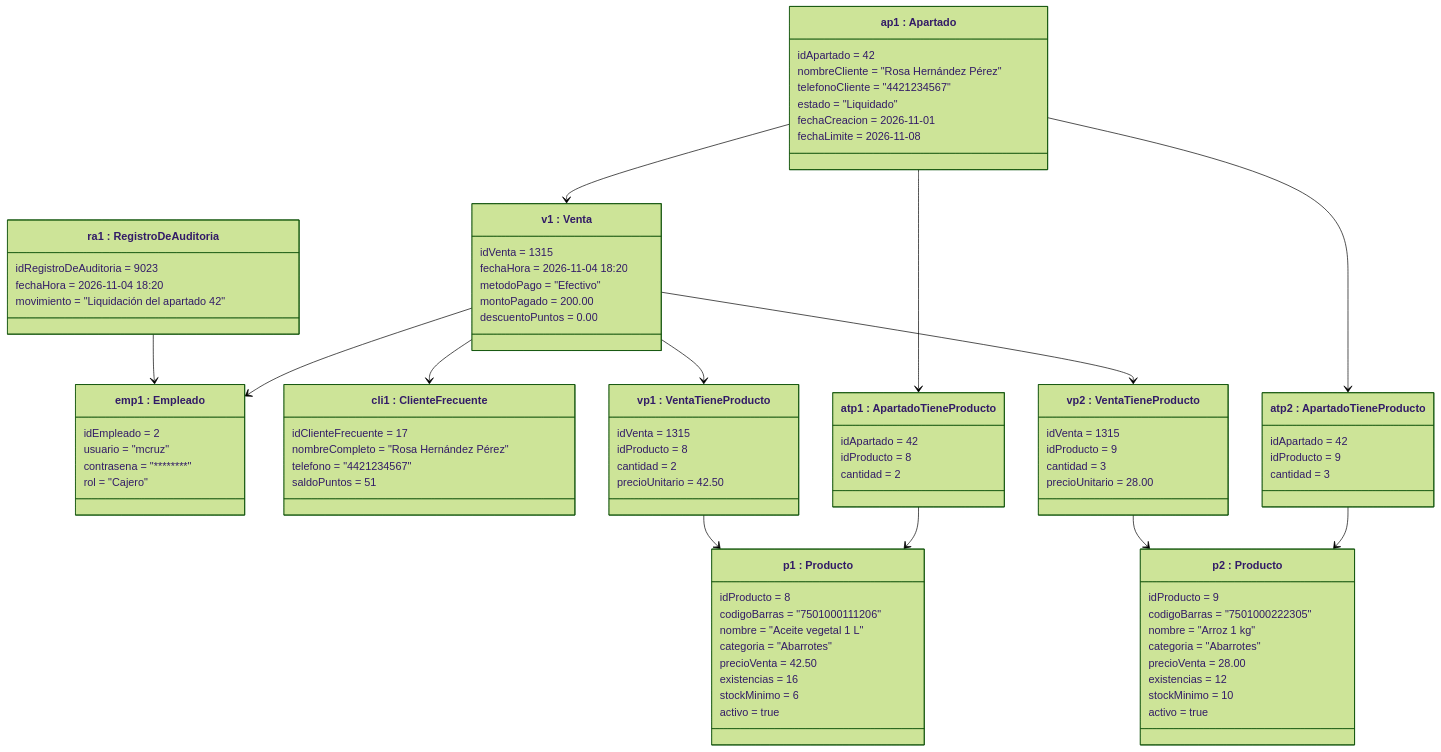
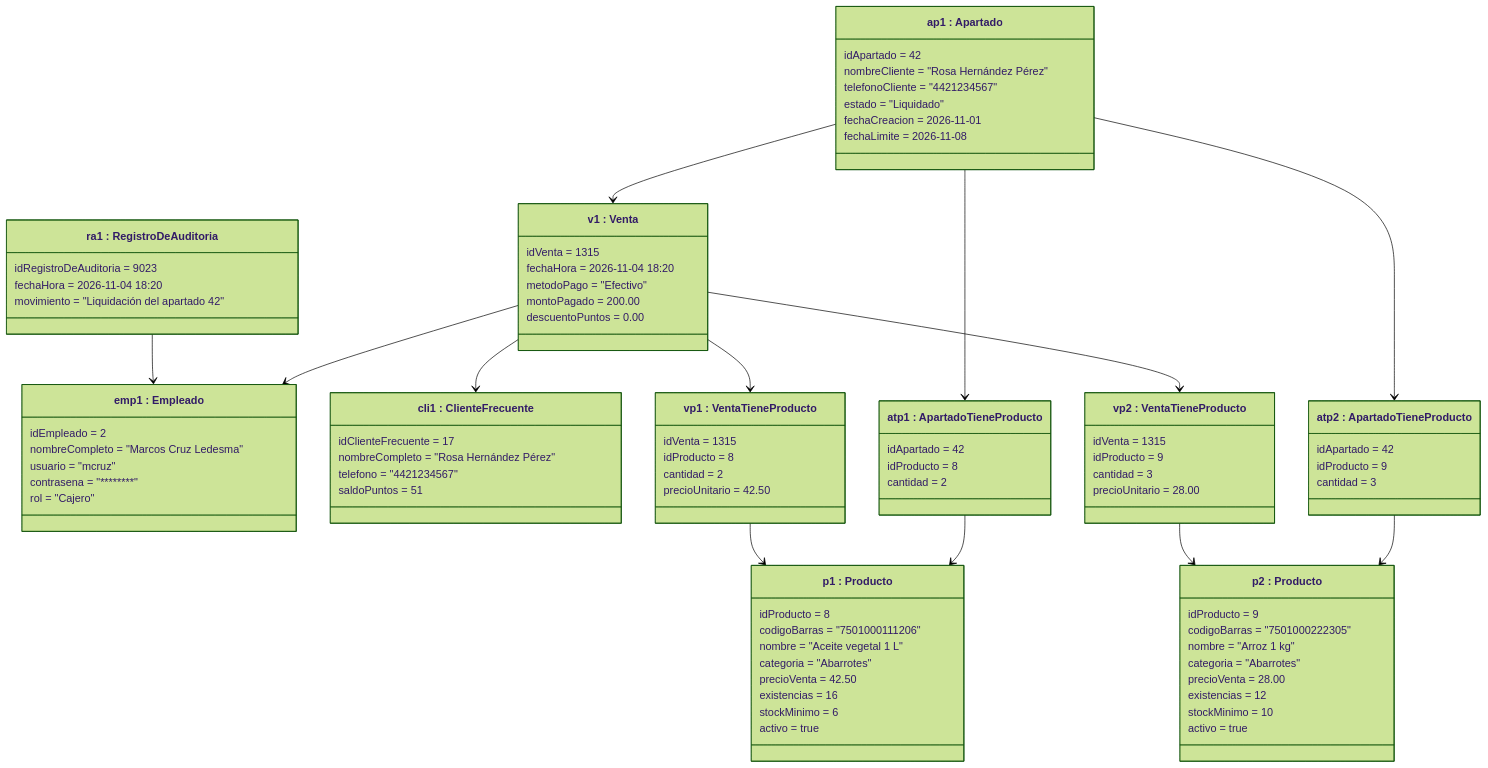
One commit to Invader395/Ingenieria-de-Software changed the fifth of 5 diagrams in docs/arch/Diagramas-de-arquitectura-Minimarket-Control.md. Above: the diagram before and after it, drawn with Mermaid (forest theme). The commit also changed other lines of this file, not shown here.

```diff
--- a/docs/arch/Diagramas-de-arquitectura-Minimarket-Control.md
+++ b/docs/arch/Diagramas-de-arquitectura-Minimarket-Control.md
@@ -221,6 +228,7 @@
 classDiagram
     class emp1["emp1 : Empleado"] {
         idEmpleado = 2
+        nombreCompleto = "Marcos Cruz Ledesma"
         usuario = "mcruz"
         contrasena = "********"
         rol = "Cajero"
```
